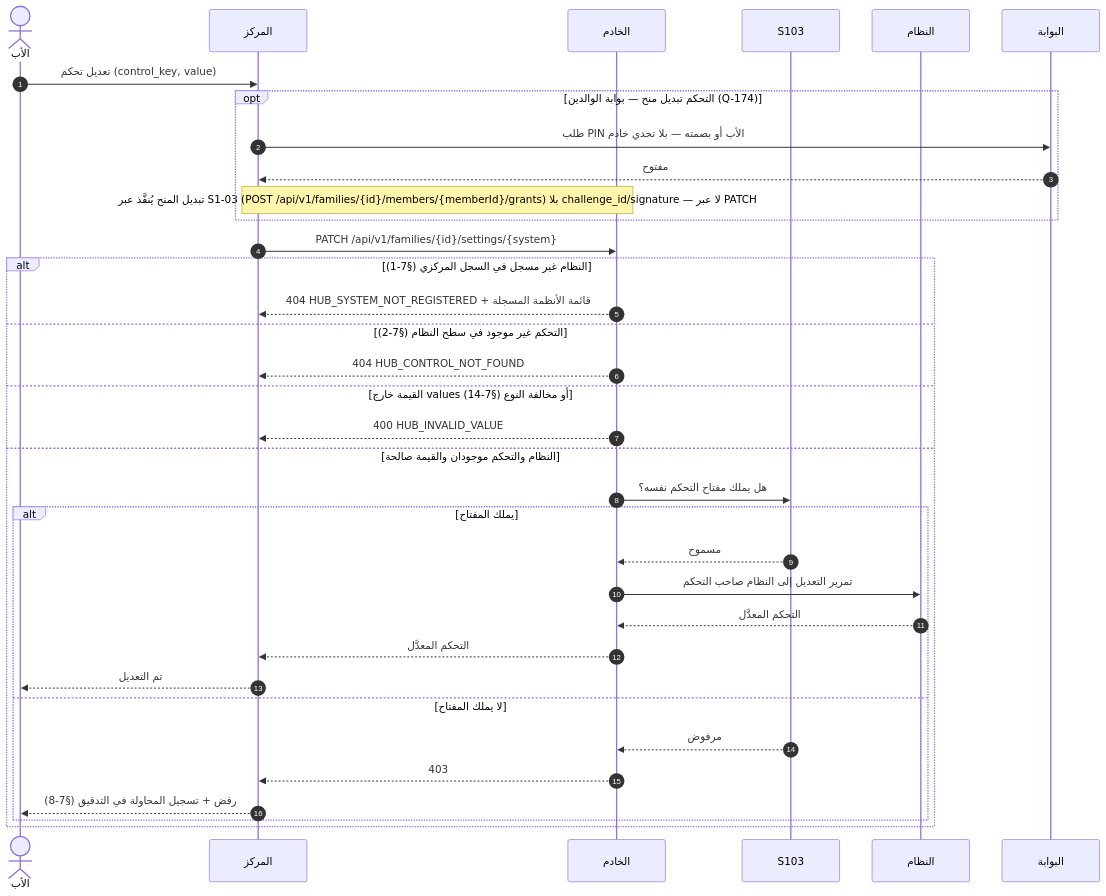
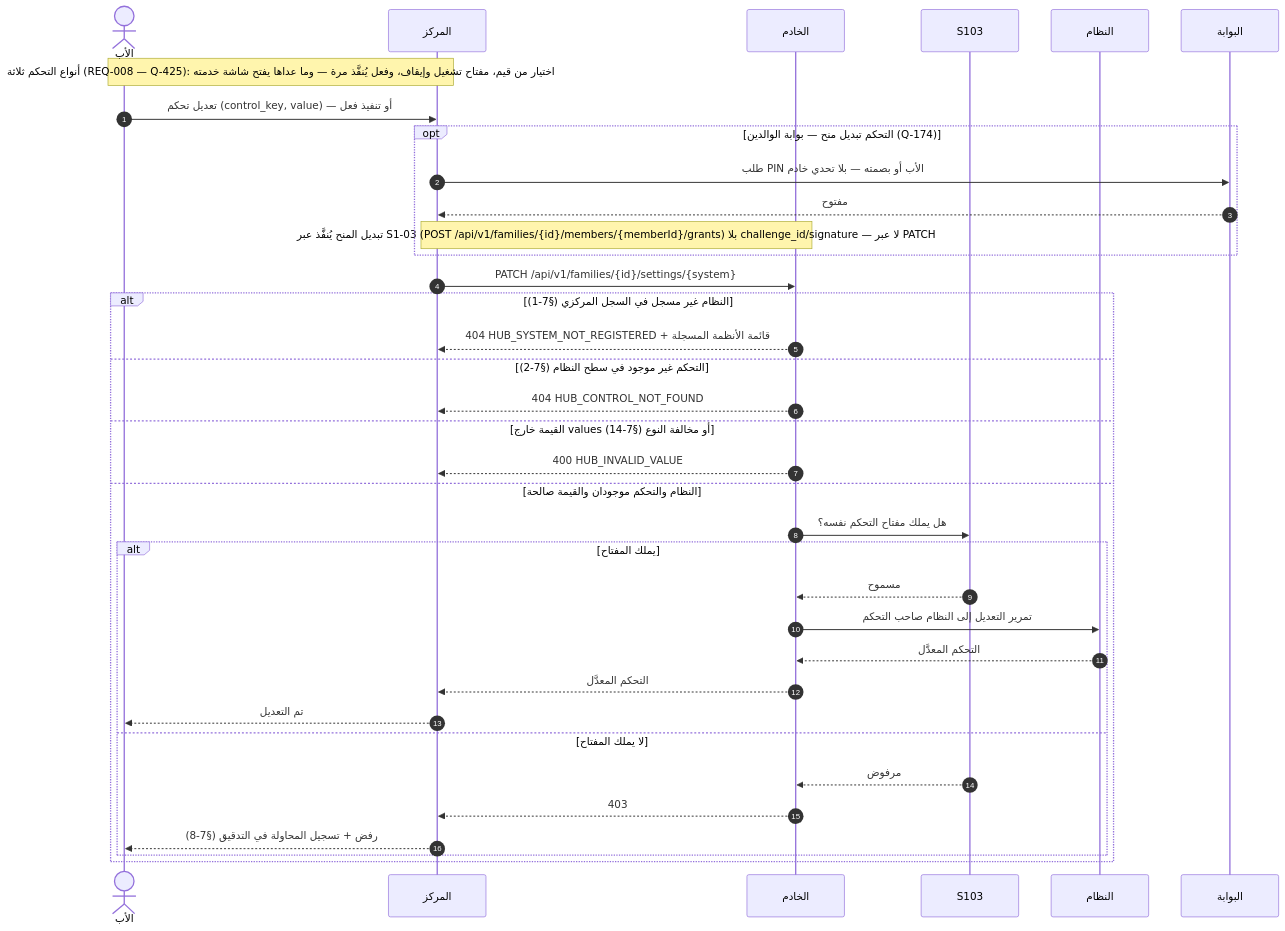
The fourth of 15 diagrams in docs/family-os/governance/phases/phase-1/S1-09-command-center-and-settings/DIAGRAMS.md (Bassam-mohammed-alqaeadi/family-os-v2), drawn with Mermaid before and after one commit. The commit also changed other lines of this file and 22 other files, not shown here.

First line of the commit message:
docs(phase-1): redraw diagrams of the ten systems on the approved design (Q-428)

````diff
--- a/docs/family-os/governance/phases/phase-1/S1-09-command-center-and-settings/DIAGRAMS.md
+++ b/docs/family-os/governance/phases/phase-1/S1-09-command-center-and-settings/DIAGRAMS.md
@@ -209,37 +221,38 @@
 ```mermaid
 sequenceDiagram
     autonumber
     actor Father as الأب
     participant Hub as المركز
     participant Ktor as الخادم
     participant S103 as S103
     participant Owner as النظام
     participant ParentGate as البوابة
-    Father->>Hub: تعديل تحكم (control_key, value)
+    Note over Father,Hub: أنواع التحكم ثلاثة (REQ-008 — Q-425): اختيار من قيم، مفتاح تشغيل وإيقاف، وفعل يُنفَّذ مرة — وما عداها يفتح شاشة خدمته
+    Father->>Hub: تعديل تحكم (control_key, value) — أو تنفيذ فعل
     opt التحكم تبديل منح — بوابة الوالدين (Q-174)
         Hub->>ParentGate: طلب PIN الأب أو بصمته — بلا تحدي خادم
         ParentGate-->>Hub: مفتوح
         Note over Hub,Ktor: تبديل المنح يُنفَّذ عبر S1-03 (POST /api/v1/families/{id}/members/{memberId}/grants) بلا challenge_id/signature — لا عبر PATCH
     end
     Hub->>Ktor: PATCH /api/v1/families/{id}/settings/{system}
     alt النظام غير مسجل في السجل المركزي (§7-1)
         Ktor-->>Hub: 404 HUB_SYSTEM_NOT_REGISTERED + قائمة الأنظمة المسجلة
     else التحكم غير موجود في سطح النظام (§7-2)
         Ktor-->>Hub: 404 HUB_CONTROL_NOT_FOUND
     else القيمة خارج values أو مخالفة النوع (§7-14)
         Ktor-->>Hub: 400 HUB_INVALID_VALUE
     else النظام والتحكم موجودان والقيمة صالحة
         Ktor->>S103: هل يملك مفتاح التحكم نفسه؟
         alt يملك المفتاح
             S103-->>Ktor: مسموح
             Ktor->>Owner: تمرير التعديل إلى النظام صاحب التحكم
             Owner-->>Ktor: التحكم المعدَّل
             Ktor-->>Hub: التحكم المعدَّل
             Hub-->>Father: تم التعديل
         else لا يملك المفتاح
             S103-->>Ktor: مرفوض
             Ktor-->>Hub: 403
             Hub-->>Father: رفض + تسجيل المحاولة في التدقيق (§7-8)
         end
     end
 ```
````
